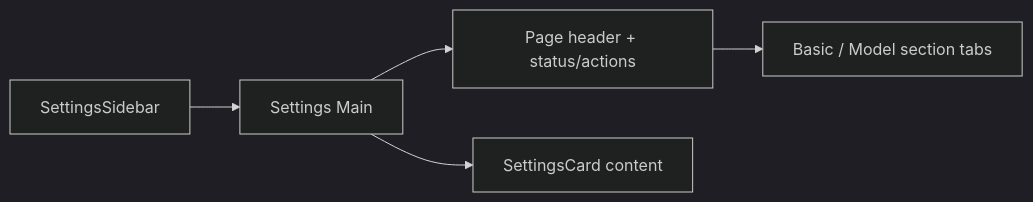
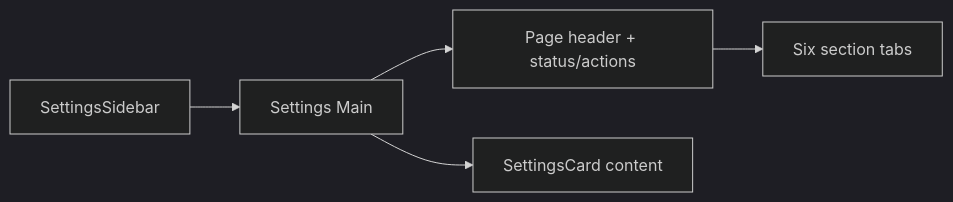
One commit to dp-sudo/agent-pyramid-desktop changed the fourth of 5 diagrams in docs/ui-layout-reference.md. Above: the diagram before and after it, drawn with Mermaid (dark theme). The commit also changed other lines of this file and 53 other files, not shown here.

````diff
--- a/docs/ui-layout-reference.md
+++ b/docs/ui-layout-reference.md
@@ -583,13 +583,13 @@
 ```mermaid
 flowchart LR
   Sidebar["SettingsSidebar"]
   Main["Settings Main"]
   Header["Page header + status/actions"]
-  Tabs["Basic / Model section tabs"]
+  Tabs["Six section tabs"]
   Content["SettingsCard content"]
 
   Sidebar --> Main
   Main --> Header
   Header --> Tabs
   Main --> Content
 ```
````
